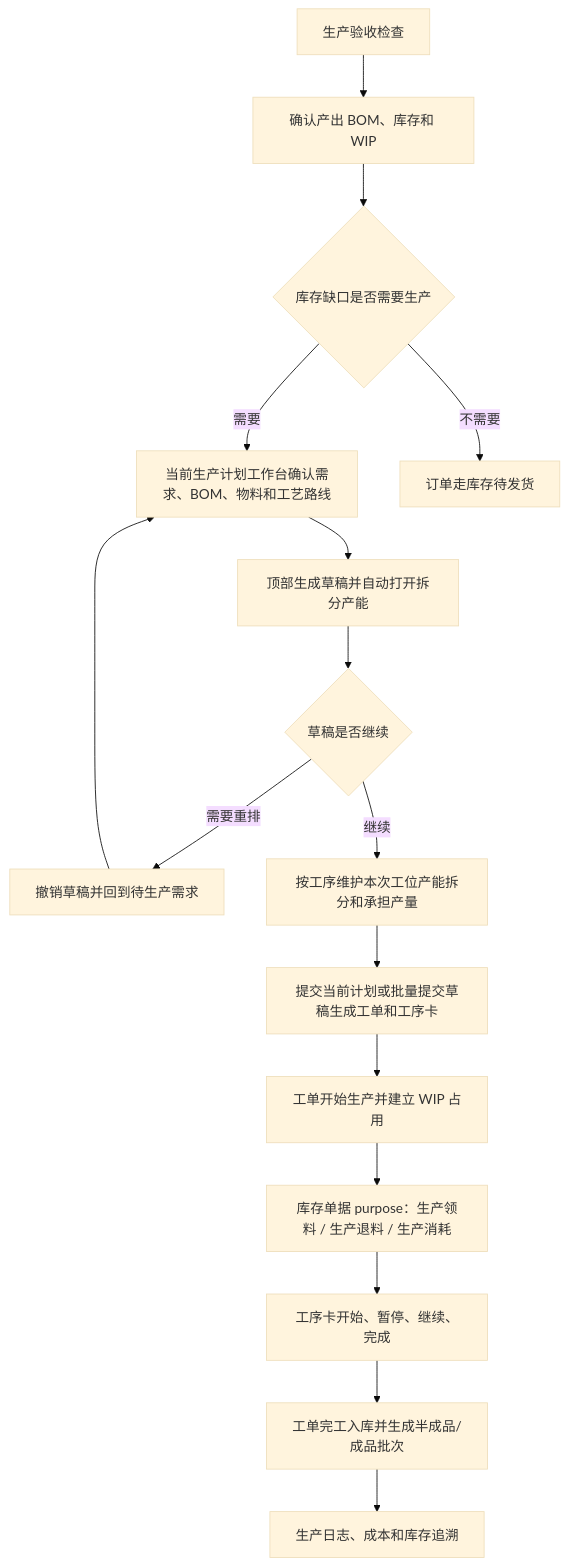
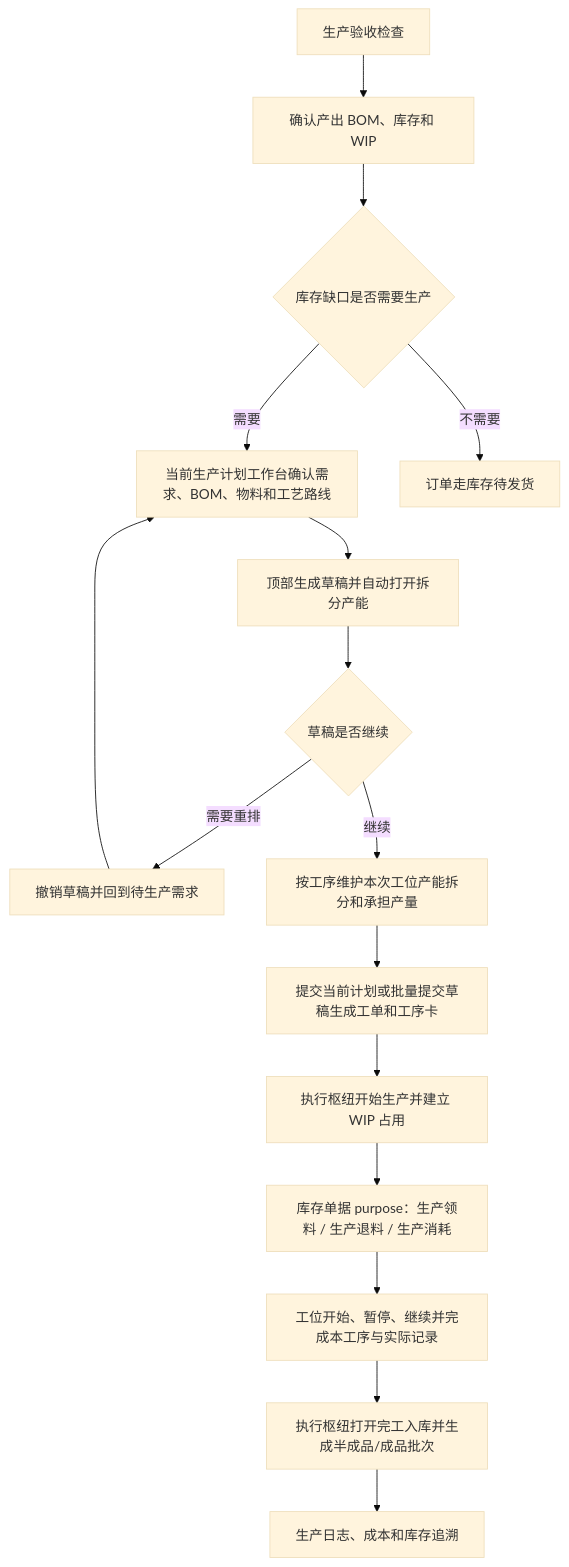
Before and after one commit to Backstage2539/KFerp: the diagram in orderapp-remote/docs/OP_MANUAL_PRODUCTION.md, drawn with Mermaid (base theme). The commit also changed other lines of this file and 37 other files, not shown here.

````diff
--- a/orderapp-remote/docs/OP_MANUAL_PRODUCTION.md
+++ b/orderapp-remote/docs/OP_MANUAL_PRODUCTION.md
@@ -34,18 +36,18 @@
 ```mermaid
 flowchart TD
   A["生产验收检查"] --> B["确认产出 BOM、库存和 WIP"]
   B --> C{"库存缺口是否需要生产"}
   C -->|需要| D["当前生产计划工作台确认需求、BOM、物料和工艺路线"]
   C -->|不需要| E["订单走库存待发货"]
   D --> F["顶部生成草稿并自动打开拆分产能"]
   F --> N{"草稿是否继续"}
   N -->|需要重排| O["撤销草稿并回到待生产需求"]
   O --> D
   N -->|继续| M["按工序维护本次工位产能拆分和承担产量"]
   M --> J["提交当前计划或批量提交草稿生成工单和工序卡"]
-  J --> I["工单开始生产并建立 WIP 占用"]
+  J --> I["执行枢纽开始生产并建立 WIP 占用"]
   I --> K["库存单据 purpose：生产领料 / 生产退料 / 生产消耗"]
-  K --> L["工序卡开始、暂停、继续、完成"]
-  L --> G["工单完工入库并生成半成品/成品批次"]
+  K --> L["工位开始、暂停、继续并完成本工序与实际记录"]
+  L --> G["执行枢纽打开完工入库并生成半成品/成品批次"]
   G --> H["生产日志、成本和库存追溯"]
 ```
````
